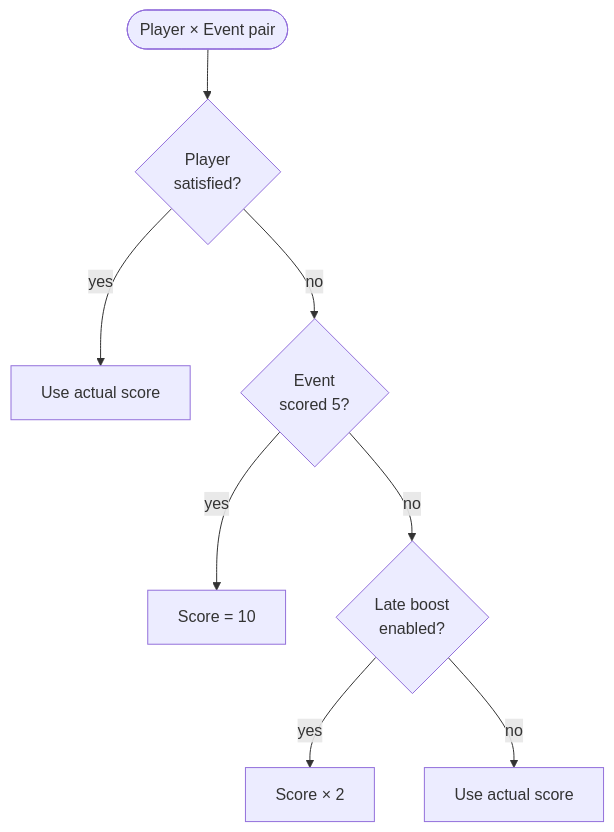
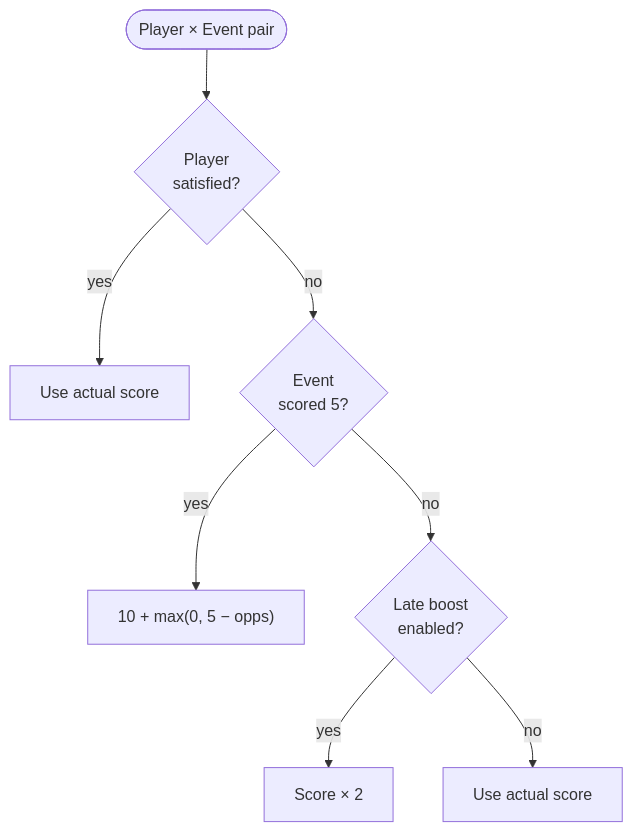
The third of 5 diagrams in ALGORITHM.md (OskarLeirvaag/Puljefordeling), drawn with Mermaid before and after one commit. The commit also changed other lines of this file and 6 other files, not shown here.

````diff
--- a/ALGORITHM.md
+++ b/ALGORITHM.md
@@ -88,10 +89,10 @@
 ```mermaid
 flowchart TD
     Start([Player × Event pair]) --> Q1{Player\nsatisfied?}
     Q1 -->|yes| Actual[Use actual score]
     Q1 -->|no| Q2{Event\nscored 5?}
-    Q2 -->|yes| Ten[Score = 10]
+    Q2 -->|yes| Ten["10 + max(0, 5 − opps)"]
     Q2 -->|no| Q3{Late boost\nenabled?}
     Q3 -->|yes| Double[Score × 2]
     Q3 -->|no| Actual2[Use actual score]
 ```
````
